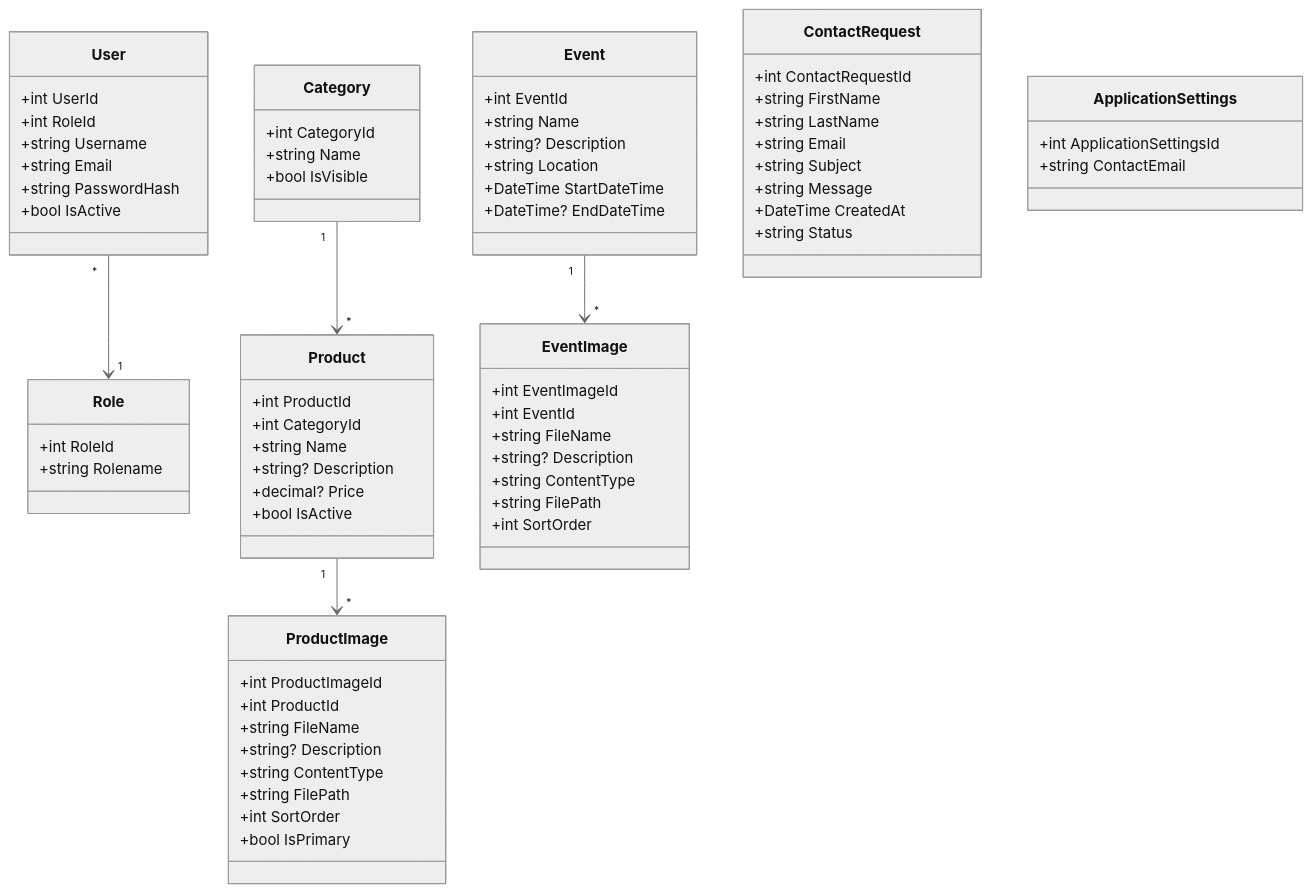
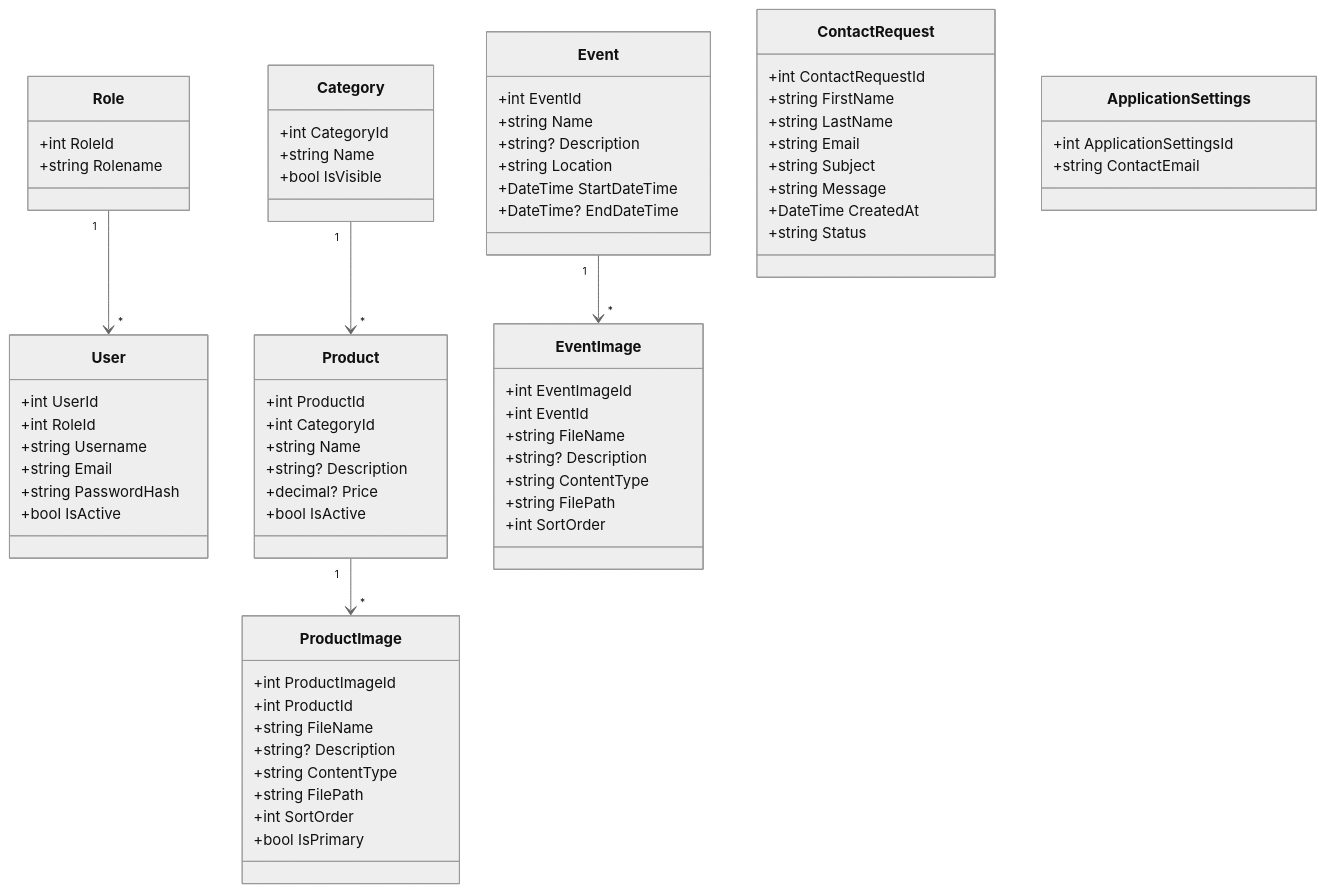
Before and after one commit to SchuelerfirmaBBS1/Webseite_Schuelerfirma_04: the diagram in documentation/UMLClassDiagram.mmd, drawn with Mermaid (neutral theme).

```diff
--- a/documentation/UMLClassDiagram.mmd
+++ b/documentation/UMLClassDiagram.mmd
@@ -1,83 +1,83 @@
 classDiagram
 
 class User {
     +int UserId
     +int RoleId
     +string Username
     +string Email
     +string PasswordHash
     +bool IsActive
 }
 
 class Role {
     +int RoleId
     +string Rolename
 }
 
-User "*" --> "1" Role
+Role "1" --> "*" User
 
 class Category {
     +int CategoryId
     +string Name
     +bool IsVisible
 }
 
 class Product {
     +int ProductId
     +int CategoryId
     +string Name
     +string? Description
     +decimal? Price
     +bool IsActive
 }
 
 class ProductImage {
     +int ProductImageId
     +int ProductId
     +string FileName
     +string? Description
     +string ContentType
     +string FilePath
     +int SortOrder
     +bool IsPrimary
 }
 
 Category "1" --> "*" Product
 Product "1" --> "*" ProductImage
 
 class Event {
     +int EventId
     +string Name
     +string? Description
     +string Location
     +DateTime StartDateTime
     +DateTime? EndDateTime
 }
 
 class EventImage {
     +int EventImageId
     +int EventId
     +string FileName
     +string? Description
     +string ContentType
     +string FilePath
     +int SortOrder
 }
 
 Event "1" --> "*" EventImage
 
 class ContactRequest {
     +int ContactRequestId
     +string FirstName
     +string LastName
     +string Email
     +string Subject
     +string Message
     +DateTime CreatedAt
     +string Status
 }
 
 class ApplicationSettings {
     +int ApplicationSettingsId
     +string ContactEmail
 }
```
